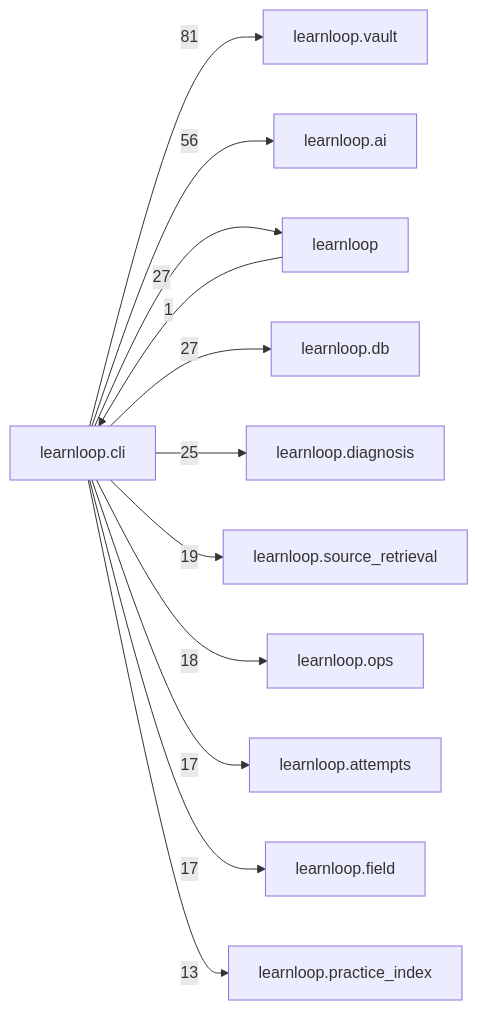
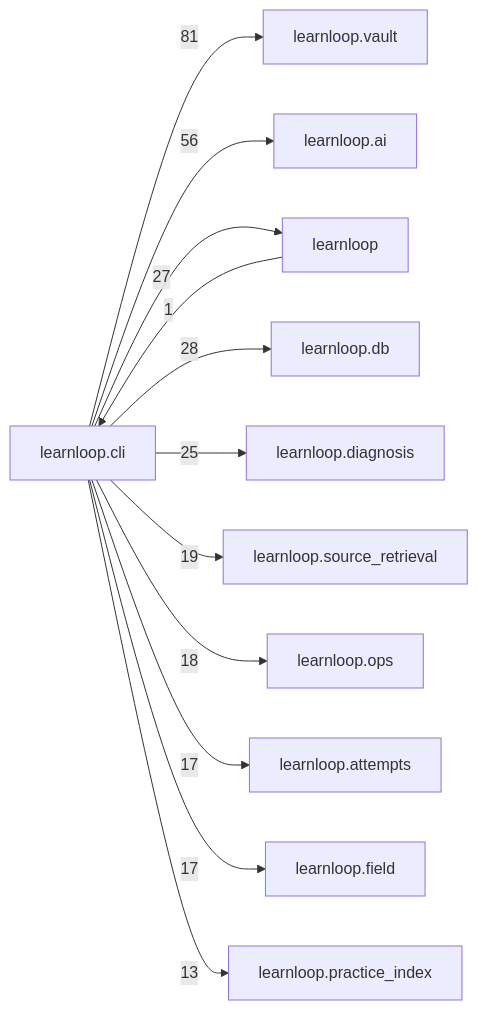
One commit to 6up-b/learnanything changed the diagram in docs/learnloop-architecture-vault/Reference/Modules/learnloop/cli/_package.md. Above: the diagram before and after it, drawn with Mermaid. The commit also changed other lines of this file and 94 other files, not shown here.

````diff
--- a/docs/learnloop-architecture-vault/Reference/Modules/learnloop/cli/_package.md
+++ b/docs/learnloop-architecture-vault/Reference/Modules/learnloop/cli/_package.md
@@ -230,25 +230,25 @@
 ```mermaid
 flowchart LR
     center["learnloop.cli"]
     n_learnloop_vault["learnloop.vault"]
     n_learnloop_ai["learnloop.ai"]
     n_learnloop["learnloop"]
     n_learnloop_db["learnloop.db"]
     n_learnloop_diagnosis["learnloop.diagnosis"]
     n_learnloop_source_retrieval["learnloop.source_retrieval"]
     n_learnloop_ops["learnloop.ops"]
     n_learnloop_attempts["learnloop.attempts"]
     n_learnloop_field["learnloop.field"]
     n_learnloop_practice_index["learnloop.practice_index"]
     center -->|81| n_learnloop_vault
     center -->|56| n_learnloop_ai
     n_learnloop -->|1| center
     center -->|27| n_learnloop
-    center -->|27| n_learnloop_db
+    center -->|28| n_learnloop_db
     center -->|25| n_learnloop_diagnosis
     center -->|19| n_learnloop_source_retrieval
     center -->|18| n_learnloop_ops
     center -->|17| n_learnloop_attempts
     center -->|17| n_learnloop_field
     center -->|13| n_learnloop_practice_index
 ```
````
